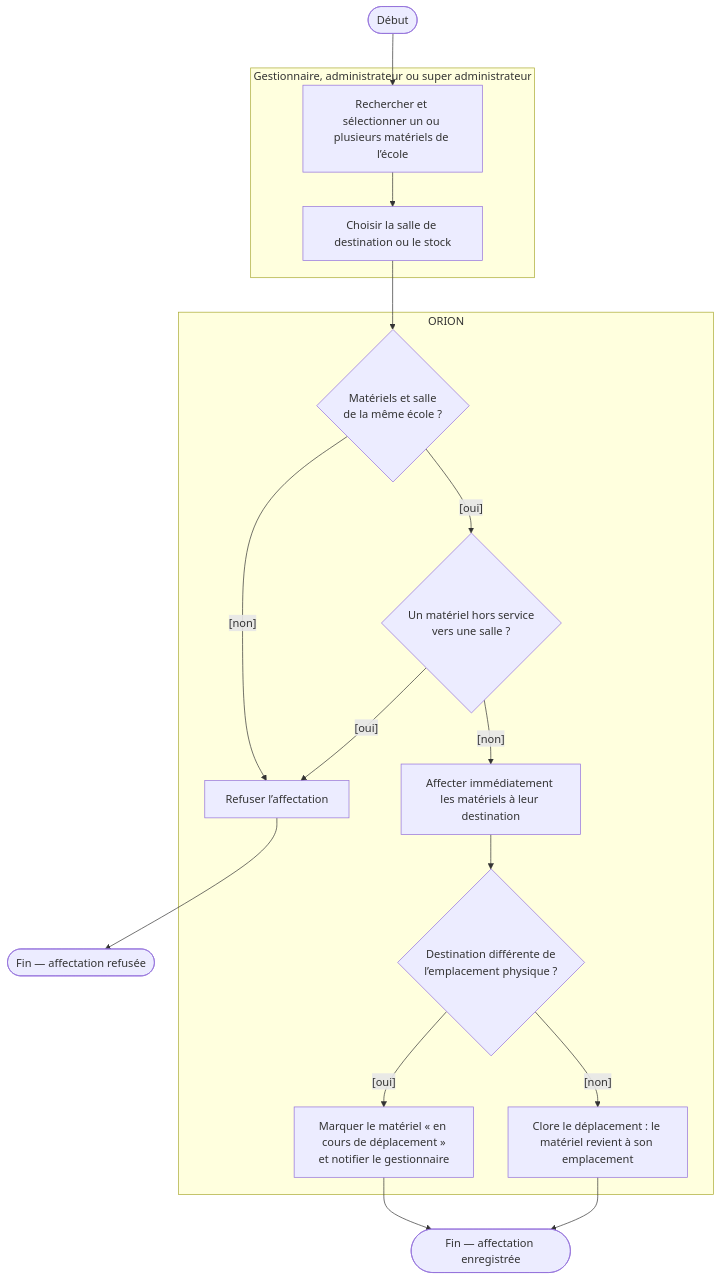
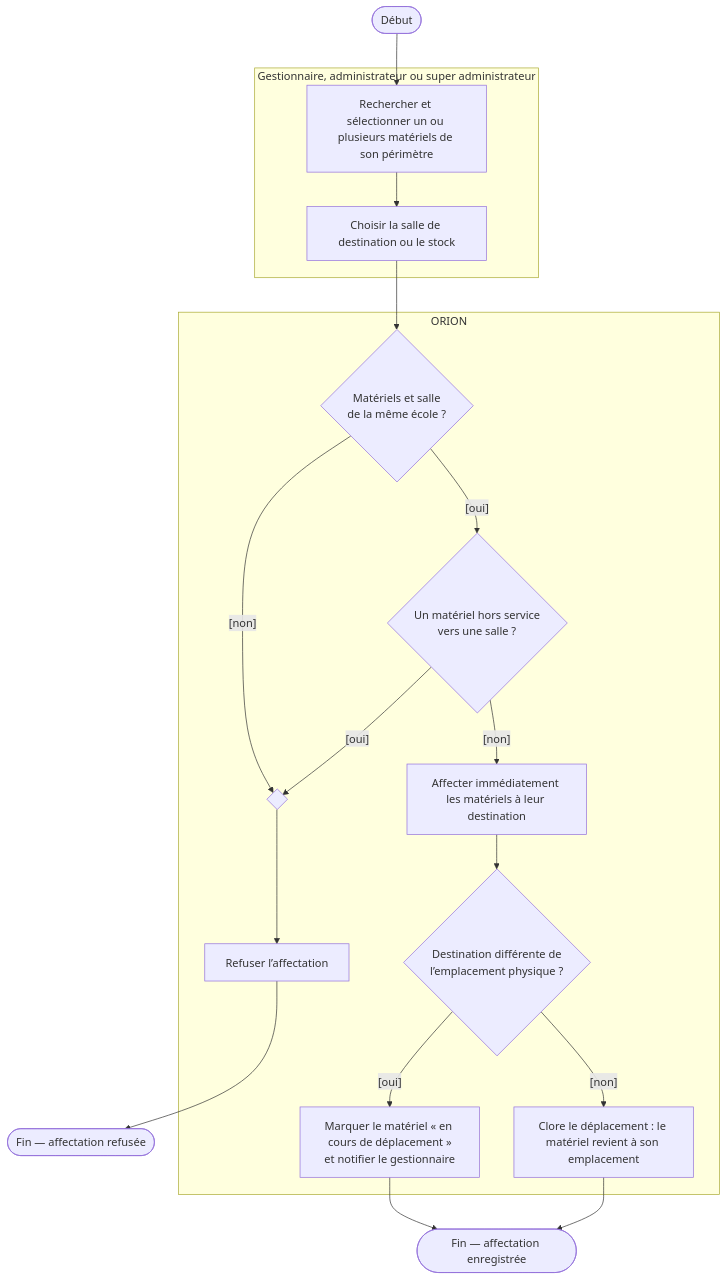
One commit to bpierrelouis/aster changed the fourth of 19 diagrams in docs/02-ANALYSE/02-CAPTURE-DES-BESOINS/08-DIAGRAMMES-ACTIVITE-CAS-UTILISATION.md. Above: the diagram before and after it, drawn with Mermaid. The commit also changed other lines of this file and 34 other files, not shown here.

First line of the commit message:
docs(diagrammes): aligner les diagrammes UML sur le code et les remettre en page

````diff
--- a/docs/02-ANALYSE/02-CAPTURE-DES-BESOINS/08-DIAGRAMMES-ACTIVITE-CAS-UTILISATION.md
+++ b/docs/02-ANALYSE/02-CAPTURE-DES-BESOINS/08-DIAGRAMMES-ACTIVITE-CAS-UTILISATION.md
@@ -118,29 +124,30 @@
 ```mermaid
 flowchart TD
     debut(["Début"])
     fin(["Fin — affectation enregistrée"])
     finRefus(["Fin — affectation refusée"])
 
     subgraph ACTEUR["Gestionnaire, administrateur ou super administrateur"]
-        rechercher["Rechercher et sélectionner un ou plusieurs matériels de l’école"]
+        rechercher["Rechercher et sélectionner un ou plusieurs matériels de son périmètre"]
         destination["Choisir la salle de destination ou le stock"]
     end
 
     subgraph SYSTEME["ORION"]
         controle{"Matériels et salle<br/>de la même école ?"}
         hs{"Un matériel hors service<br/>vers une salle ?"}
+        fusionRefuser{" "}
         refuser["Refuser l’affectation"]
         affecter["Affecter immédiatement les matériels à leur destination"]
         physique{"Destination différente de<br/>l’emplacement physique ?"}
         lancer["Marquer le matériel « en cours de déplacement »<br/>et notifier le gestionnaire"]
         retour["Clore le déplacement : le matériel revient à son emplacement"]
     end
 
     debut --> rechercher --> destination --> controle
-    controle -->|"[non]"| refuser --> finRefus
+    controle -->|"[non]"| fusionRefuser --> refuser --> finRefus
     controle -->|"[oui]"| hs
-    hs -->|"[oui]"| refuser
+    hs -->|"[oui]"| fusionRefuser
     hs -->|"[non]"| affecter --> physique
     physique -->|"[oui]"| lancer --> fin
     physique -->|"[non]"| retour --> fin
 ```
````
